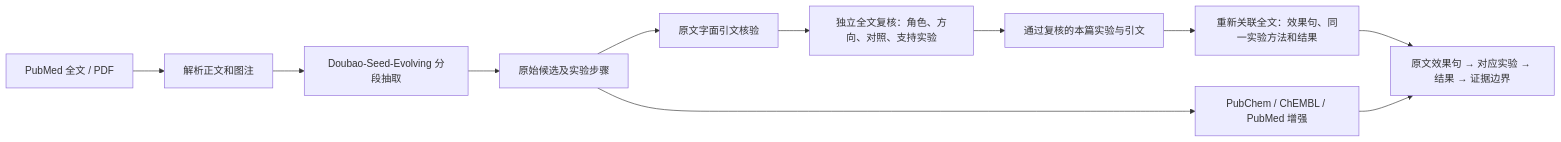
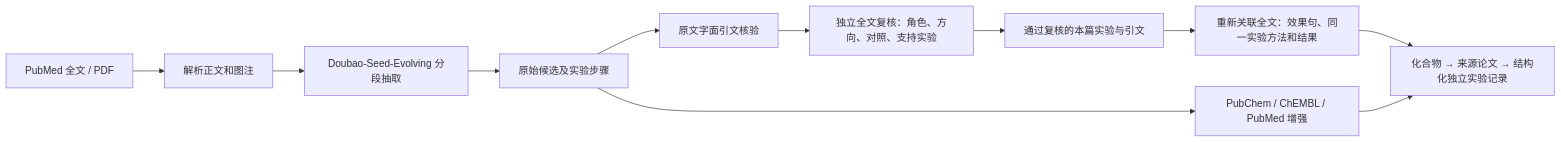
One commit to LiaoTian724/SenoMiner-AI changed the diagram in README.md. Above: the diagram before and after it, drawn with Mermaid. The commit also changed other lines of this file and 33 other files, not shown here.

````diff
--- a/README.md
+++ b/README.md
@@ -22,13 +58,13 @@
 ```mermaid
 flowchart LR
   A[PubMed 全文 / PDF] --> B[解析正文和图注]
   B --> C[Doubao-Seed-Evolving 分段抽取]
   C --> D[原始候选及实验步骤]
   D --> E[原文字面引文核验]
   E --> R[独立全文复核：角色、方向、对照、支持实验]
   R --> F[通过复核的本篇实验与引文]
   F --> G[重新关联全文：效果句、同一实验方法和结果]
-  G --> H[原文效果句 → 对应实验 → 结果 → 证据边界]
+  G --> H[化合物 → 来源论文 → 结构化独立实验记录]
   D --> I[PubChem / ChEMBL / PubMed 增强]
   I --> H
 ```
````
